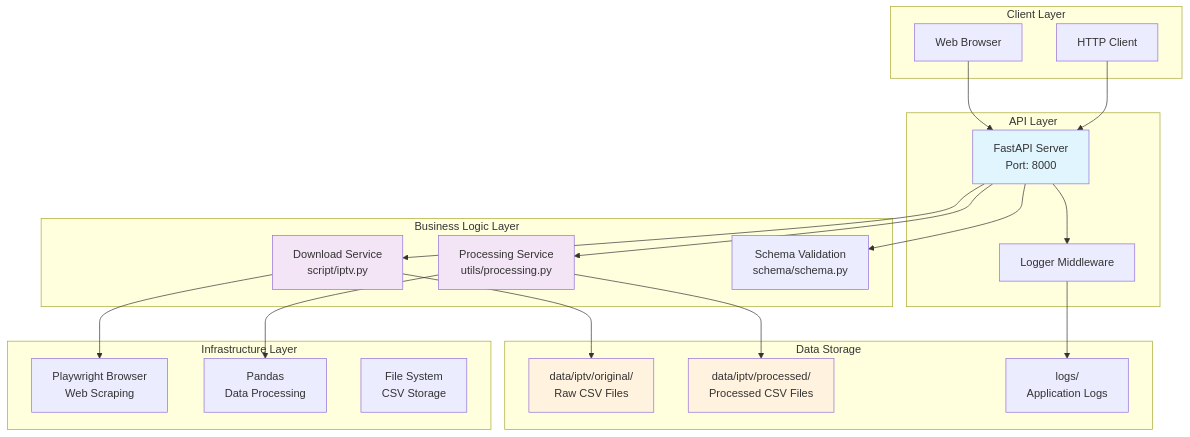
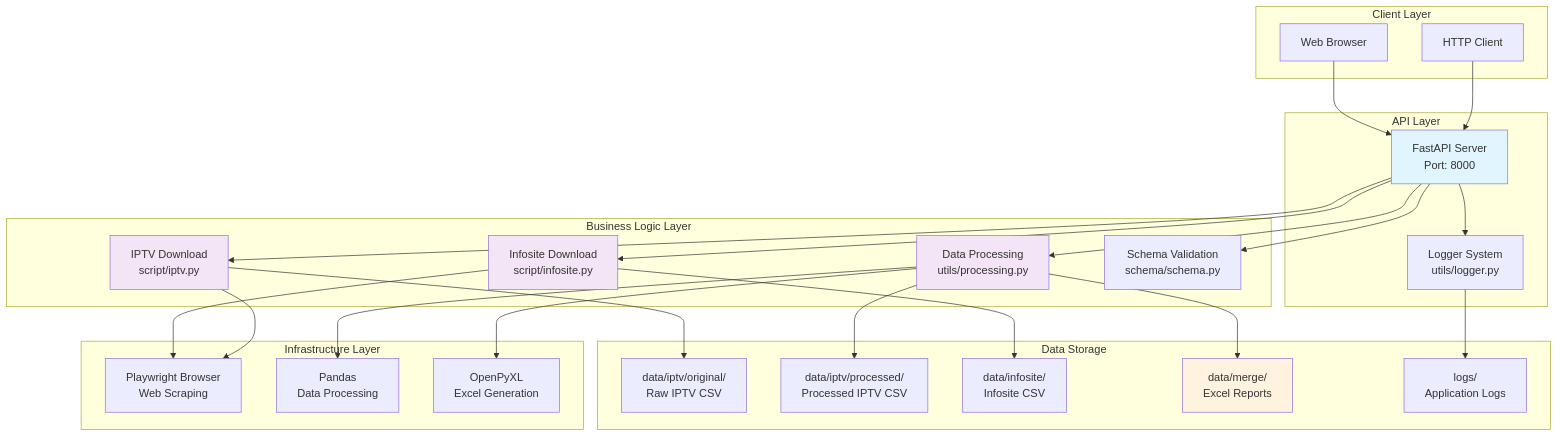
One commit to starixvn/operation-automation_playwright_download changed the diagram in README.md. Above: the diagram before and after it, drawn with Mermaid. The commit also changed other lines of this file and 5 other files, not shown here.

````diff
--- a/README.md
+++ b/README.md
@@ -7,48 +7,56 @@
 ```mermaid
 graph TB
     subgraph "Client Layer"
         A[HTTP Client]
         B[Web Browser]
     end
 
     subgraph "API Layer"
         C[FastAPI Server<br/>Port: 8000]
-        D[Logger Middleware]
+        D[Logger System<br/>utils/logger.py]
     end
 
     subgraph "Business Logic Layer"
-        E[Download Service<br/>script/iptv.py]
-        F[Processing Service<br/>utils/processing.py]
-        G[Schema Validation<br/>schema/schema.py]
+        E[IPTV Download<br/>script/iptv.py]
+        F[Infosite Download<br/>script/infosite.py]
+        G[Data Processing<br/>utils/processing.py]
+        H[Schema Validation<br/>schema/schema.py]
     end
 
     subgraph "Infrastructure Layer"
-        H[Playwright Browser<br/>Web Scraping]
-        I[Pandas<br/>Data Processing]
-        J[File System<br/>CSV Storage]
+        I[Playwright Browser<br/>Web Scraping]
+        J[Pandas<br/>Data Processing]
+        K[OpenPyXL<br/>Excel Generation]
     end
 
     subgraph "Data Storage"
-        K[data/iptv/original/<br/>Raw CSV Files]
-        L[data/iptv/processed/<br/>Processed CSV Files]
-        M[logs/<br/>Application Logs]
+        L[data/iptv/original/<br/>Raw IPTV CSV]
+        M[data/iptv/processed/<br/>Processed IPTV CSV]
+        N[data/infosite/<br/>Infosite CSV]
+        O[data/merge/<br/>Excel Reports]
+        P[logs/<br/>Application Logs]
     end
 
     A --> C
     B --> C
     C --> D
-    C --> G
+    C --> H
     C --> E
     C --> F
-    E --> H
+    C --> G
+    E --> I
     F --> I
-    E --> K
-    F --> L
-    D --> M
+    G --> J
+    G --> K
+    E --> L
+    G --> M
+    F --> N
+    G --> O
+    D --> P
 
     style C fill:#e1f5fe
     style E fill:#f3e5f5
     style F fill:#f3e5f5
-    style K fill:#fff3e0
-    style L fill:#fff3e0
+    style G fill:#f3e5f5
+    style O fill:#fff3e0
 ```
````
